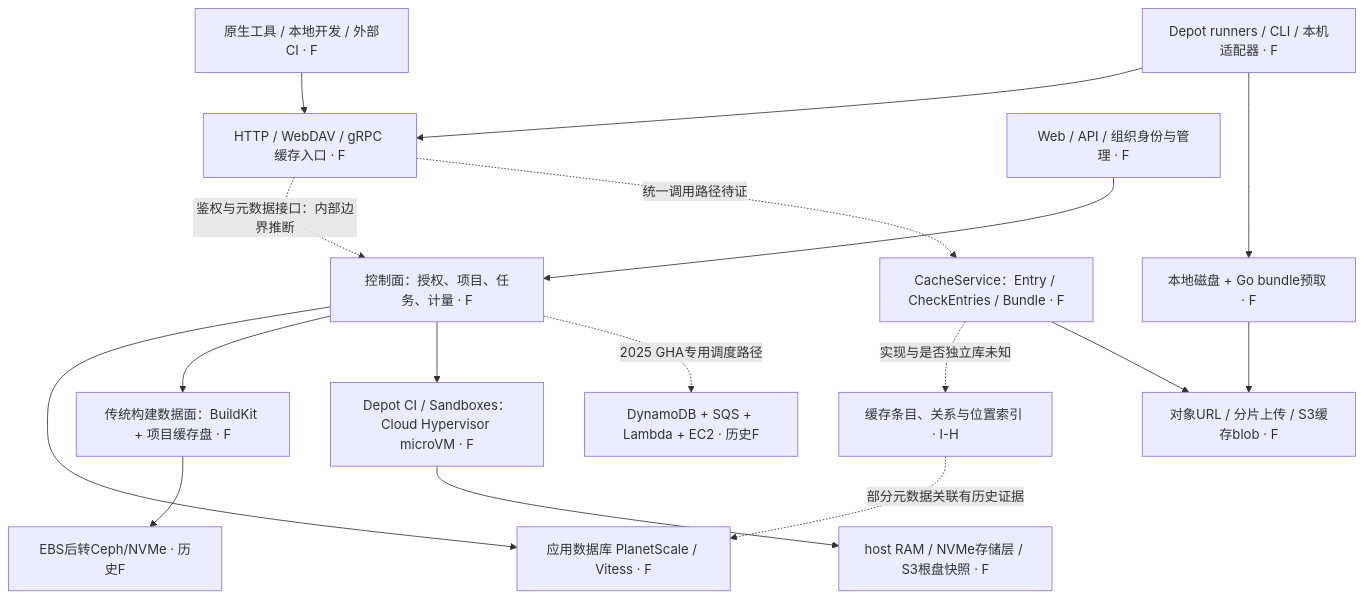
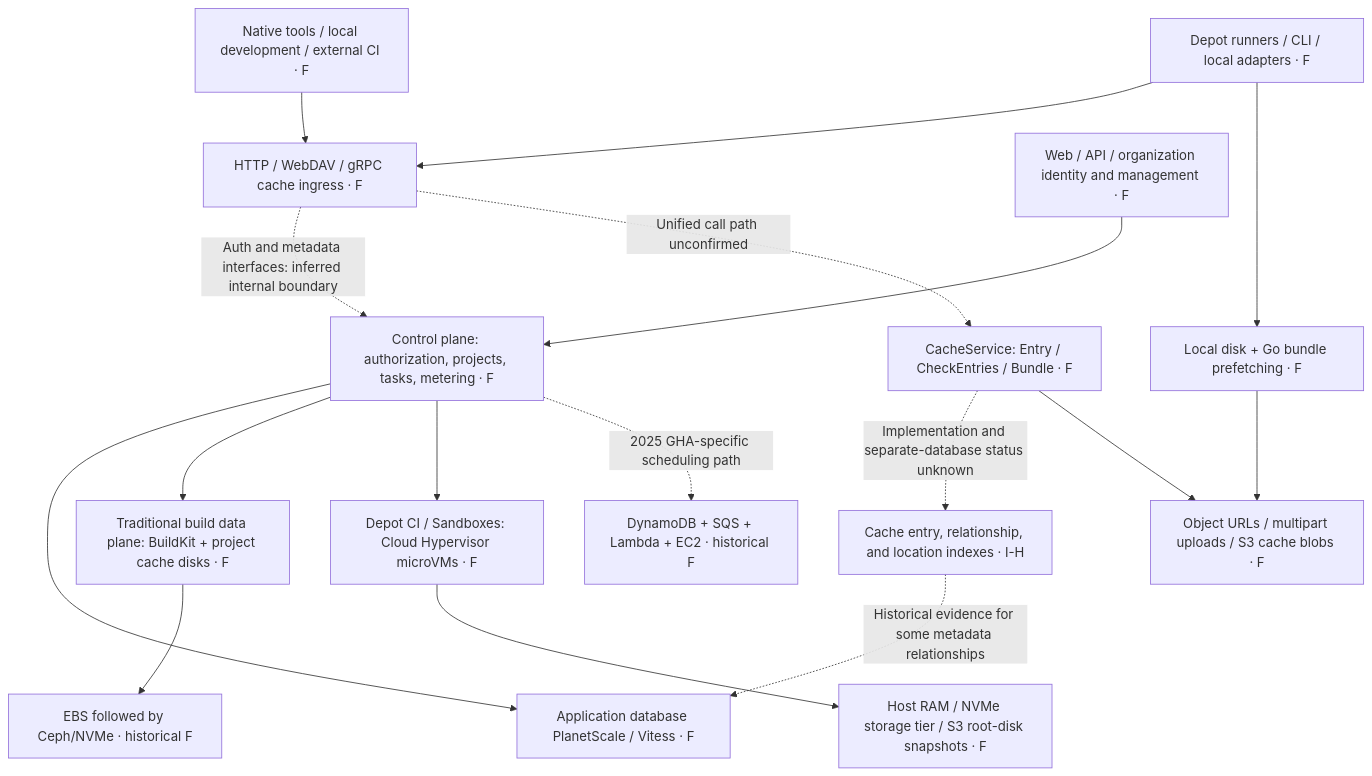
The diagram in docs/research/depot/README.md (expbuild/expbuild), drawn with Mermaid before and after one commit. The commit also changed other lines of this file and 39 other files, not shown here.

````diff
--- a/docs/research/depot/README.md
+++ b/docs/research/depot/README.md
@@ -58,19 +58,19 @@
 ```mermaid
 flowchart TB
-  Tool["原生工具 / 本地开发 / 外部CI · F"] --> Gateway["HTTP / WebDAV / gRPC 缓存入口 · F"]
-  Runner["Depot runners / CLI / 本机适配器 · F"] --> Gateway
-  UI["Web / API / 组织身份与管理 · F"] --> CP["控制面：授权、项目、任务、计量 · F"]
-  CP --> AppDB["应用数据库 PlanetScale / Vitess · F"]
-  Gateway -. "鉴权与元数据接口：内部边界推断" .-> CP
-  Gateway -. "统一调用路径待证" .-> CacheAPI["CacheService：Entry / CheckEntries / Bundle · F"]
-  CacheAPI -. "实现与是否独立库未知" .-> Index["缓存条目、关系与位置索引 · I-H"]
-  Index -. "部分元数据关联有历史证据" .-> AppDB
-  CacheAPI --> Blob["对象URL / 分片上传 / S3缓存blob · F"]
-  Runner --> Local["本地磁盘 + Go bundle预取 · F"]
+  Tool["Native tools / local development / external CI · F"] --> Gateway["HTTP / WebDAV / gRPC cache ingress · F"]
+  Runner["Depot runners / CLI / local adapters · F"] --> Gateway
+  UI["Web / API / organization identity and management · F"] --> CP["Control plane: authorization, projects, tasks, metering · F"]
+  CP --> AppDB["Application database PlanetScale / Vitess · F"]
+  Gateway -. "Auth and metadata interfaces: inferred internal boundary" .-> CP
+  Gateway -. "Unified call path unconfirmed" .-> CacheAPI["CacheService: Entry / CheckEntries / Bundle · F"]
+  CacheAPI -. "Implementation and separate-database status unknown" .-> Index["Cache entry, relationship, and location indexes · I-H"]
+  Index -. "Historical evidence for some metadata relationships" .-> AppDB
+  CacheAPI --> Blob["Object URLs / multipart uploads / S3 cache blobs · F"]
+  Runner --> Local["Local disk + Go bundle prefetching · F"]
   Local --> Blob
-  CP --> Build["传统构建数据面：BuildKit + 项目缓存盘 · F"]
-  Build --> Ceph["EBS后转Ceph/NVMe · 历史F"]
-  CP --> Metal["Depot CI / Sandboxes：Cloud Hypervisor microVM · F"]
-  Metal --> Tier["host RAM / NVMe存储层 / S3根盘快照 · F"]
-  CP -. "2025 GHA专用调度路径" .-> GHA["DynamoDB + SQS + Lambda + EC2 · 历史F"]
+  CP --> Build["Traditional build data plane: BuildKit + project cache disks · F"]
+  Build --> Ceph["EBS followed by Ceph/NVMe · historical F"]
+  CP --> Metal["Depot CI / Sandboxes: Cloud Hypervisor microVMs · F"]
+  Metal --> Tier["Host RAM / NVMe storage tier / S3 root-disk snapshots · F"]
+  CP -. "2025 GHA-specific scheduling path" .-> GHA["DynamoDB + SQS + Lambda + EC2 · historical F"]
 ```
````
